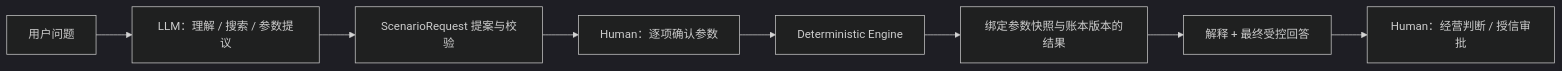
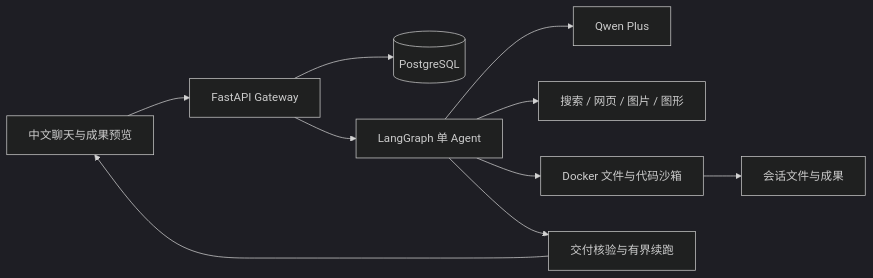
The diagram in ARCHITECTURE.md (SGYuhan23/yuyan-bank-research), drawn with Mermaid (dark theme) before and after one commit. The commit also changed other lines of this file and 23 other files, not shown here.

````diff
--- a/ARCHITECTURE.md
+++ b/ARCHITECTURE.md
@@ -5,10 +5,12 @@
 ```mermaid
 flowchart LR
-    U[用户问题] --> L[LLM：理解 / 搜索 / 参数提议]
-    L --> P[ScenarioRequest 提案与校验]
-    P --> H[Human：逐项确认参数]
-    H --> T[Deterministic Engine]
-    T --> R[绑定参数快照与账本版本的结果]
-    R --> E[解释 + 最终受控回答]
-    E --> D[Human：经营判断 / 授信审批]
+  UI[中文聊天与成果预览] --> API[FastAPI Gateway]
+  API --> PG[(PostgreSQL)]
+  API --> Graph[LangGraph 单 Agent]
+  Graph --> Model[Qwen Plus]
+  Graph --> Tools[搜索 / 网页 / 图片 / 图形]
+  Graph --> Sandbox[Docker 文件与代码沙箱]
+  Sandbox --> Files[会话文件与成果]
+  Graph --> Guard[交付核验与有界续跑]
+  Guard --> UI
 ```
````
